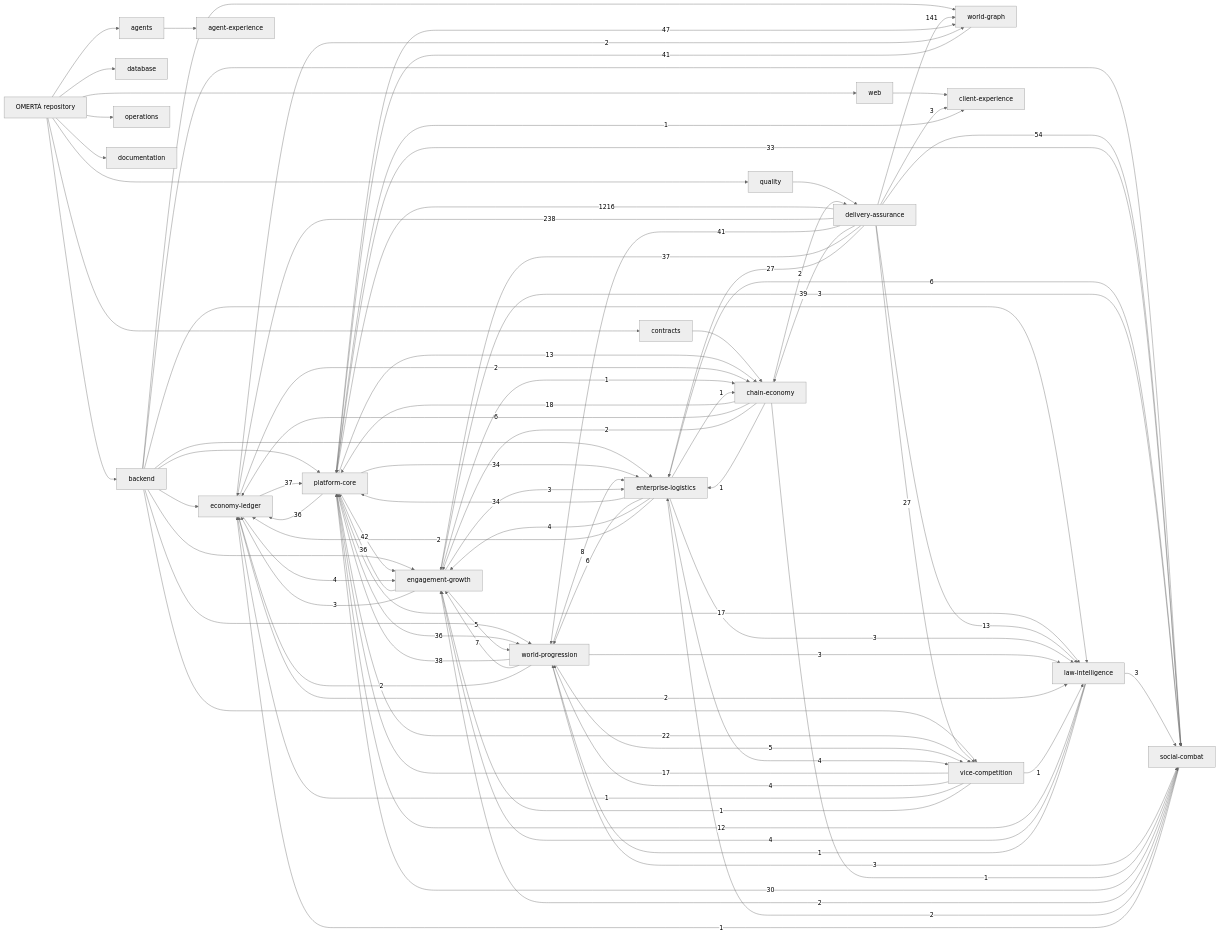
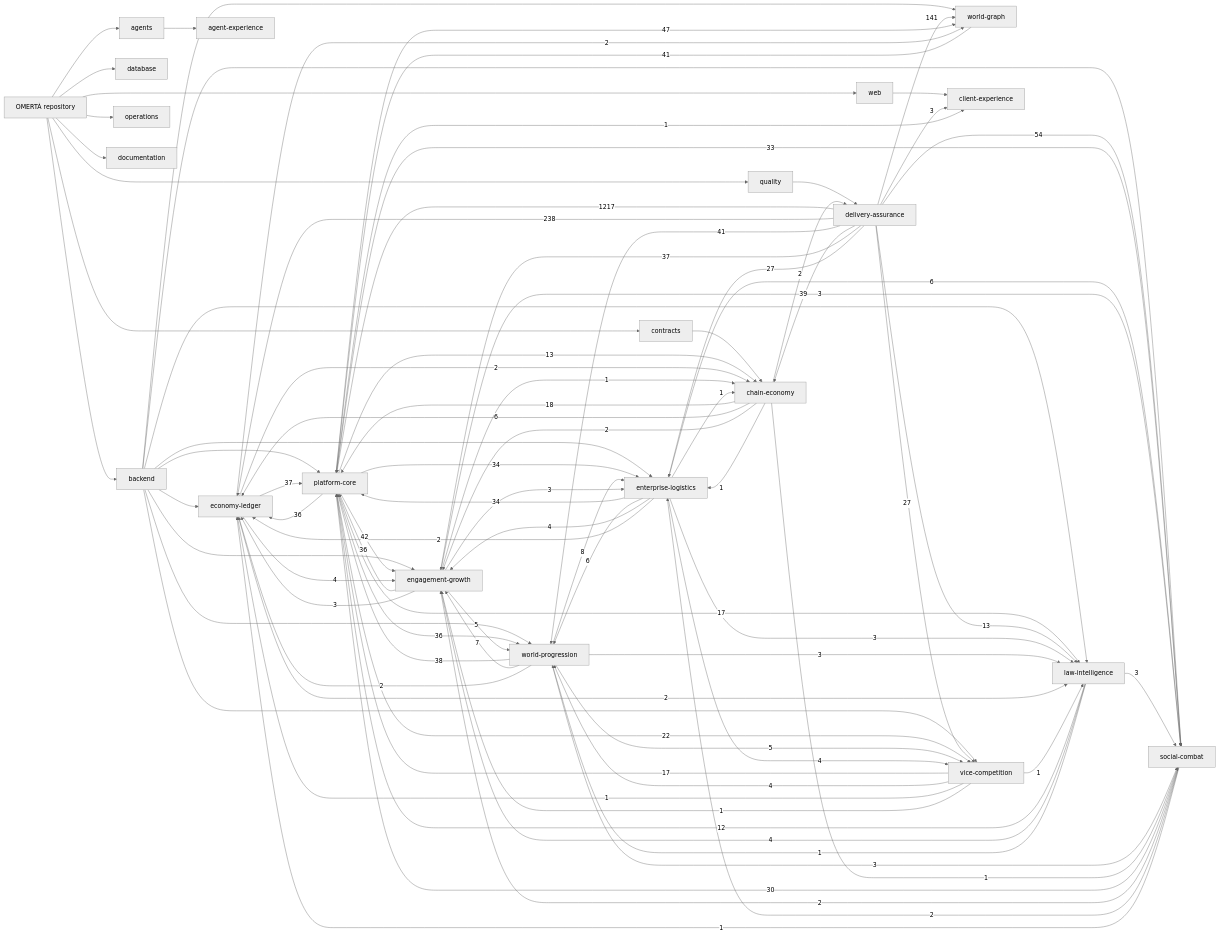
The diagram in knowledge/generated/graph.mmd (OmertaDev/Omerta), drawn with Mermaid (neutral theme) before and after one commit. The commit also changed 6 other files, not shown here.

Commit message:
Refresh graph for exact franchise receipt and CI repair revision

```diff
--- a/knowledge/generated/graph.mmd
+++ b/knowledge/generated/graph.mmd
@@ -1,111 +1,111 @@
 flowchart LR
   repo["OMERTÀ repository"]
   sub_backend["backend"]
   repo --> sub_backend
   sub_database["database"]
   repo --> sub_database
   sub_web["web"]
   repo --> sub_web
   sub_contracts["contracts"]
   repo --> sub_contracts
   sub_agents["agents"]
   repo --> sub_agents
   sub_quality["quality"]
   repo --> sub_quality
   sub_operations["operations"]
   repo --> sub_operations
   sub_documentation["documentation"]
   repo --> sub_documentation
   dom_platform-core["platform-core"]
   dom_economy-ledger["economy-ledger"]
   dom_social-combat["social-combat"]
   dom_world-progression["world-progression"]
   dom_world-graph["world-graph"]
   dom_enterprise-logistics["enterprise-logistics"]
   dom_vice-competition["vice-competition"]
   dom_law-intelligence["law-intelligence"]
   dom_chain-economy["chain-economy"]
   dom_engagement-growth["engagement-growth"]
   dom_client-experience["client-experience"]
   dom_agent-experience["agent-experience"]
   dom_delivery-assurance["delivery-assurance"]
   sub_agents --> dom_agent-experience
   sub_backend --> dom_economy-ledger
   sub_backend --> dom_engagement-growth
   sub_backend --> dom_enterprise-logistics
   sub_backend --> dom_law-intelligence
   sub_backend --> dom_platform-core
   sub_backend --> dom_social-combat
   sub_backend --> dom_vice-competition
   sub_backend --> dom_world-graph
   sub_backend --> dom_world-progression
   sub_contracts --> dom_chain-economy
   sub_quality --> dom_delivery-assurance
   sub_web --> dom_client-experience
-  dom_delivery-assurance -->|1216| dom_platform-core
+  dom_delivery-assurance -->|1217| dom_platform-core
   dom_delivery-assurance -->|238| dom_economy-ledger
   dom_delivery-assurance -->|141| dom_world-graph
   dom_delivery-assurance -->|54| dom_social-combat
   dom_platform-core -->|47| dom_world-graph
   dom_platform-core -->|42| dom_engagement-growth
   dom_delivery-assurance -->|41| dom_world-progression
   dom_world-graph -->|41| dom_platform-core
   dom_delivery-assurance -->|39| dom_chain-economy
   dom_world-progression -->|38| dom_platform-core
   dom_delivery-assurance -->|37| dom_engagement-growth
   dom_economy-ledger -->|37| dom_platform-core
   dom_engagement-growth -->|36| dom_platform-core
   dom_platform-core -->|36| dom_economy-ledger
   dom_platform-core -->|36| dom_world-progression
   dom_enterprise-logistics -->|34| dom_platform-core
   dom_platform-core -->|34| dom_enterprise-logistics
   dom_platform-core -->|33| dom_social-combat
   dom_social-combat -->|30| dom_platform-core
   dom_delivery-assurance -->|27| dom_enterprise-logistics
   dom_delivery-assurance -->|27| dom_vice-competition
   dom_platform-core -->|22| dom_vice-competition
   dom_chain-economy -->|18| dom_platform-core
   dom_platform-core -->|17| dom_law-intelligence
   dom_vice-competition -->|17| dom_platform-core
   dom_delivery-assurance -->|13| dom_law-intelligence
   dom_platform-core -->|13| dom_chain-economy
   dom_law-intelligence -->|12| dom_platform-core
   dom_world-progression -->|8| dom_enterprise-logistics
   dom_world-progression -->|7| dom_engagement-growth
   dom_chain-economy -->|6| dom_economy-ledger
   dom_enterprise-logistics -->|6| dom_social-combat
   dom_enterprise-logistics -->|6| dom_world-progression
   dom_engagement-growth -->|5| dom_world-progression
   dom_world-progression -->|5| dom_vice-competition
   dom_economy-ledger -->|4| dom_engagement-growth
   dom_enterprise-logistics -->|4| dom_engagement-growth
   dom_enterprise-logistics -->|4| dom_vice-competition
   dom_law-intelligence -->|4| dom_engagement-growth
   dom_vice-competition -->|4| dom_world-progression
   dom_delivery-assurance -->|3| dom_client-experience
   dom_engagement-growth -->|3| dom_economy-ledger
   dom_engagement-growth -->|3| dom_enterprise-logistics
   dom_engagement-growth -->|3| dom_social-combat
   dom_enterprise-logistics -->|3| dom_law-intelligence
   dom_law-intelligence -->|3| dom_social-combat
   dom_world-progression -->|3| dom_law-intelligence
   dom_world-progression -->|3| dom_social-combat
   dom_chain-economy -->|2| dom_delivery-assurance
   dom_chain-economy -->|2| dom_engagement-growth
   dom_economy-ledger -->|2| dom_chain-economy
   dom_economy-ledger -->|2| dom_law-intelligence
   dom_economy-ledger -->|2| dom_world-graph
   dom_enterprise-logistics -->|2| dom_economy-ledger
   dom_social-combat -->|2| dom_engagement-growth
   dom_social-combat -->|2| dom_enterprise-logistics
   dom_world-progression -->|2| dom_economy-ledger
   dom_chain-economy -->|1| dom_enterprise-logistics
   dom_chain-economy -->|1| dom_social-combat
   dom_engagement-growth -->|1| dom_chain-economy
   dom_enterprise-logistics -->|1| dom_chain-economy
   dom_law-intelligence -->|1| dom_world-progression
   dom_platform-core -->|1| dom_client-experience
   dom_social-combat -->|1| dom_economy-ledger
   dom_vice-competition -->|1| dom_economy-ledger
   dom_vice-competition -->|1| dom_engagement-growth
   dom_vice-competition -->|1| dom_law-intelligence
```
